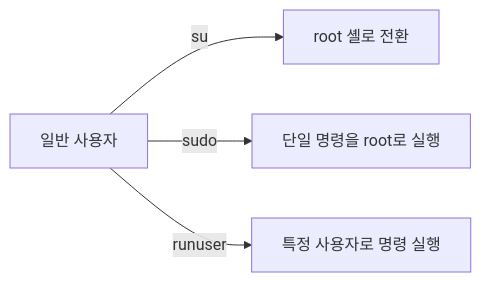
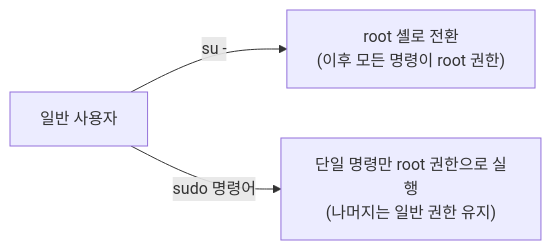
The second of 4 diagrams in _posts/2026-03-06-Linux-3-1.md (sbaek100/sbaek100.github.io), drawn with Mermaid before and after one commit. The commit also changed other lines of this file and 3 other files, not shown here.

````diff
--- a/_posts/2026-03-06-Linux-3-1.md
+++ b/_posts/2026-03-06-Linux-3-1.md
@@ -54,6 +63,5 @@
 ```mermaid
 flowchart LR
-    A[일반 사용자] -->|su| B[root 셸로 전환]
-    A -->|sudo| C[단일 명령을 root로 실행]
-    A -->|runuser| D[특정 사용자로 명령 실행]
+    A[일반 사용자] -->|"su -"| B["root 셸로 전환\n(이후 모든 명령이 root 권한)"]
+    A -->|"sudo 명령어"| C["단일 명령만 root 권한으로 실행\n(나머지는 일반 권한 유지)"]
 ```
````
